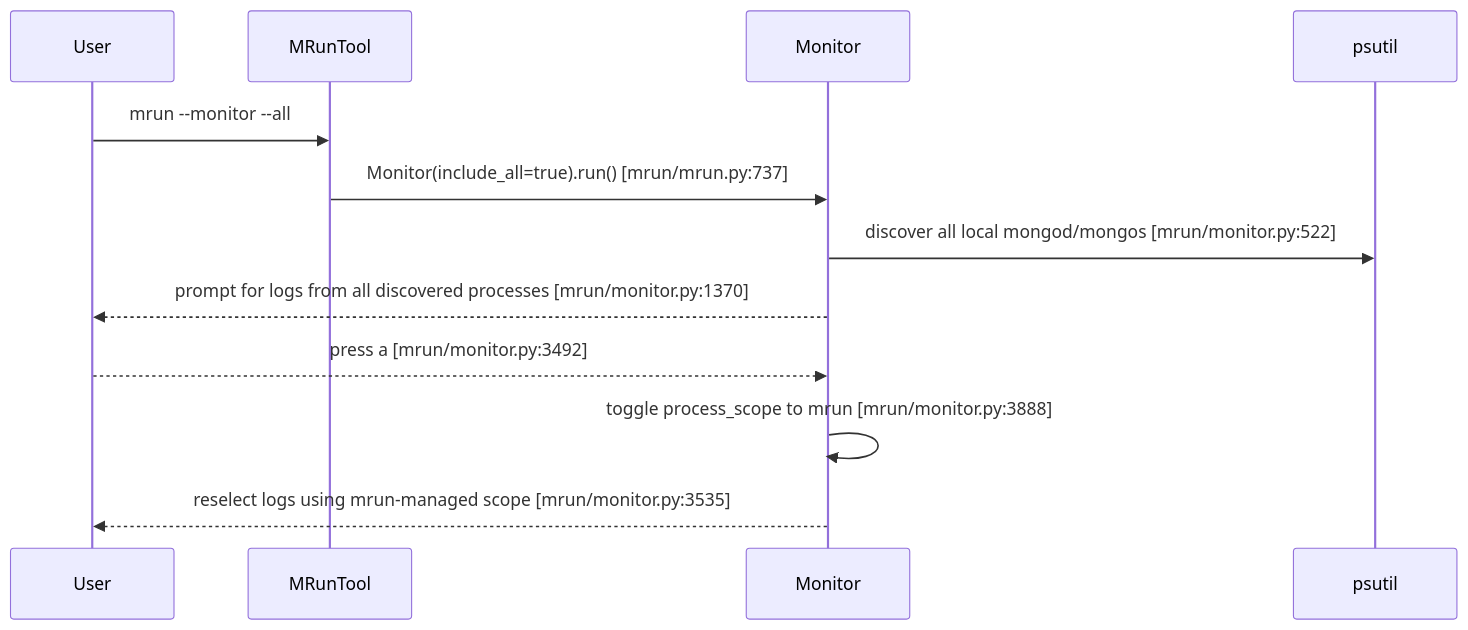
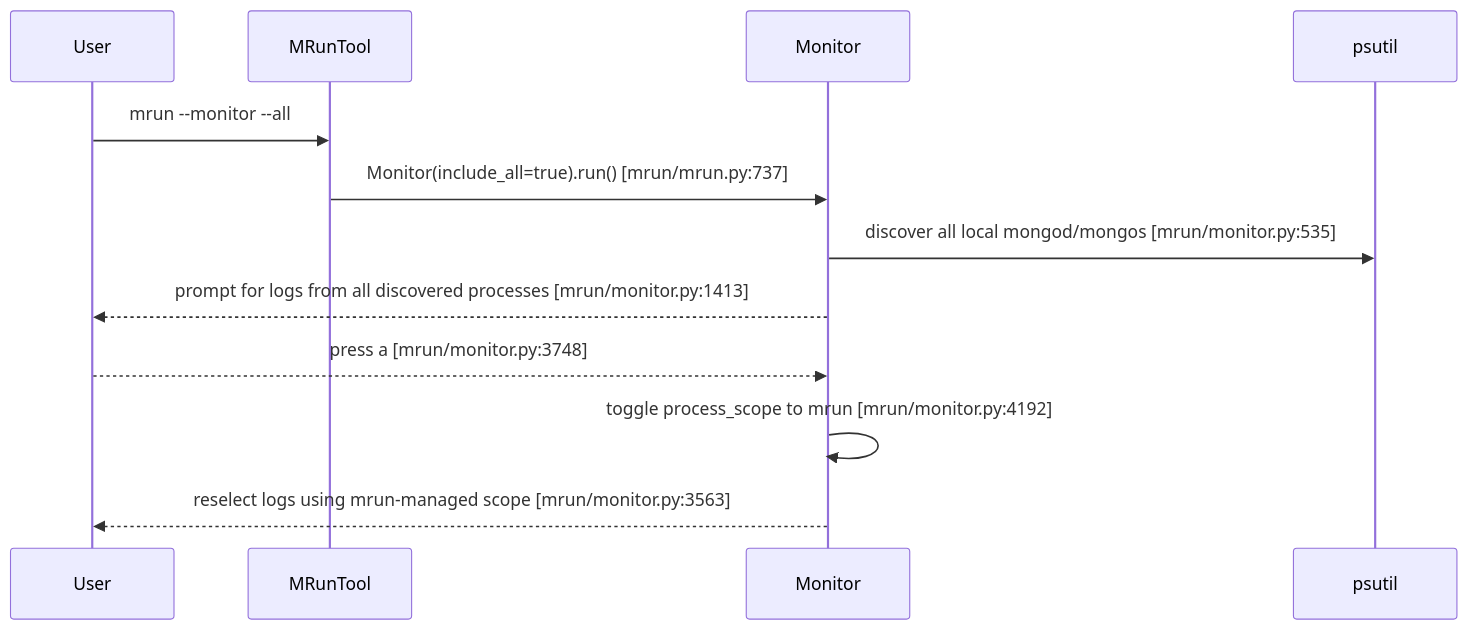
The second of 12 diagrams in doc/feature-monitor-guide.md (mongodb/mlaunch), drawn with Mermaid before and after one commit. The commit also changed other lines of this file and 2 other files, not shown here.

Commit message:
docs: document monitor table and current op controls

````diff
--- a/doc/feature-monitor-guide.md
+++ b/doc/feature-monitor-guide.md
@@ -186,15 +191,15 @@
 ```mermaid
 sequenceDiagram
     participant User
     participant Tool as MRunTool
     participant Monitor as Monitor
     participant PS as psutil
 
     User->>Tool: mrun --monitor --all
     Tool->>Monitor: Monitor(include_all=true).run() [mrun/mrun.py:737]
-    Monitor->>PS: discover all local mongod/mongos [mrun/monitor.py:522]
-    Monitor-->>User: prompt for logs from all discovered processes [mrun/monitor.py:1370]
-    User-->>Monitor: press a [mrun/monitor.py:3492]
-    Monitor->>Monitor: toggle process_scope to mrun [mrun/monitor.py:3888]
-    Monitor-->>User: reselect logs using mrun-managed scope [mrun/monitor.py:3535]
+    Monitor->>PS: discover all local mongod/mongos [mrun/monitor.py:535]
+    Monitor-->>User: prompt for logs from all discovered processes [mrun/monitor.py:1413]
+    User-->>Monitor: press a [mrun/monitor.py:3748]
+    Monitor->>Monitor: toggle process_scope to mrun [mrun/monitor.py:4192]
+    Monitor-->>User: reselect logs using mrun-managed scope [mrun/monitor.py:3563]
 ```
````
